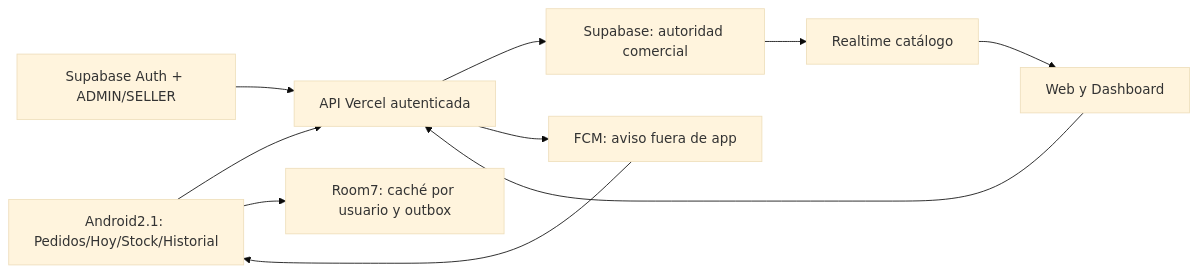
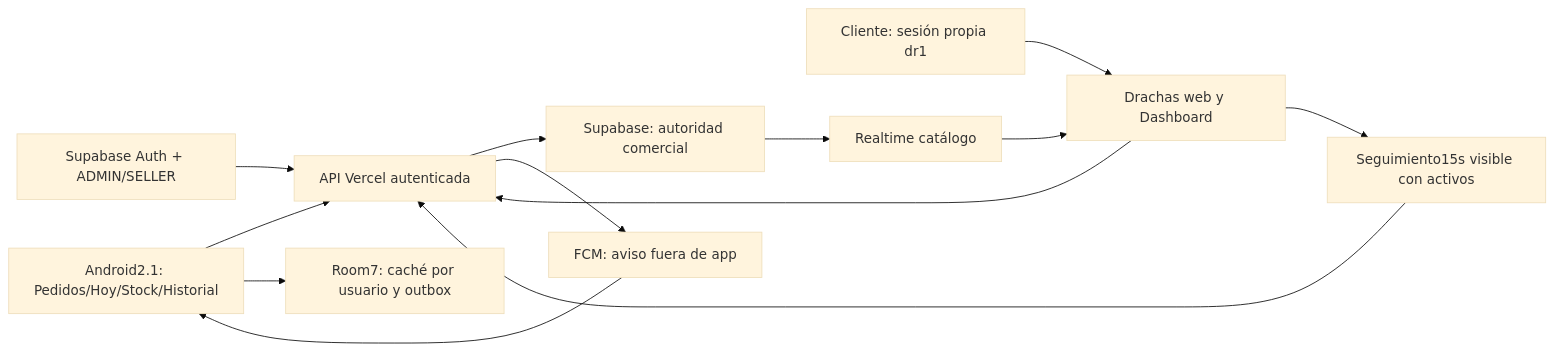
The diagram in docs/knowledge/diagrams/01-system.mmd (NotKingbryanPY/donas-racha), drawn with Mermaid (base theme) before and after one commit. The commit also changed 59 other files, not shown here.

Commit message:
Drachas identity and customer order tracking (#48)

```diff
--- a/docs/knowledge/diagrams/01-system.mmd
+++ b/docs/knowledge/diagrams/01-system.mmd
@@ -1,8 +1,10 @@
 flowchart LR
   android["Android2.1: Pedidos/Hoy/Stock/Historial"] --> api["API Vercel autenticada"]
-  web["Web y Dashboard"] --> api
+  web["Drachas web y Dashboard"] --> api
+  customer["Cliente: sesión propia dr1"] --> web
+  web --> tracking["Seguimiento15s visible con activos"] --> api
   api --> pg["Supabase: autoridad comercial"]
   android --> room["Room7: caché por usuario y outbox"]
   auth["Supabase Auth + ADMIN/SELLER"] --> api
   api --> fcm["FCM: aviso fuera de app"] --> android
   pg --> rt["Realtime catálogo"] --> web
```
